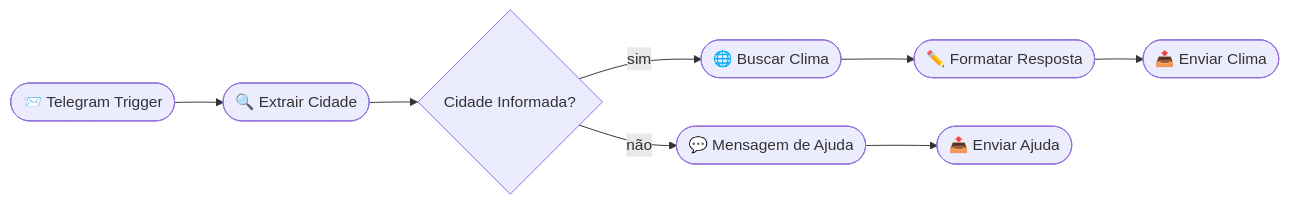
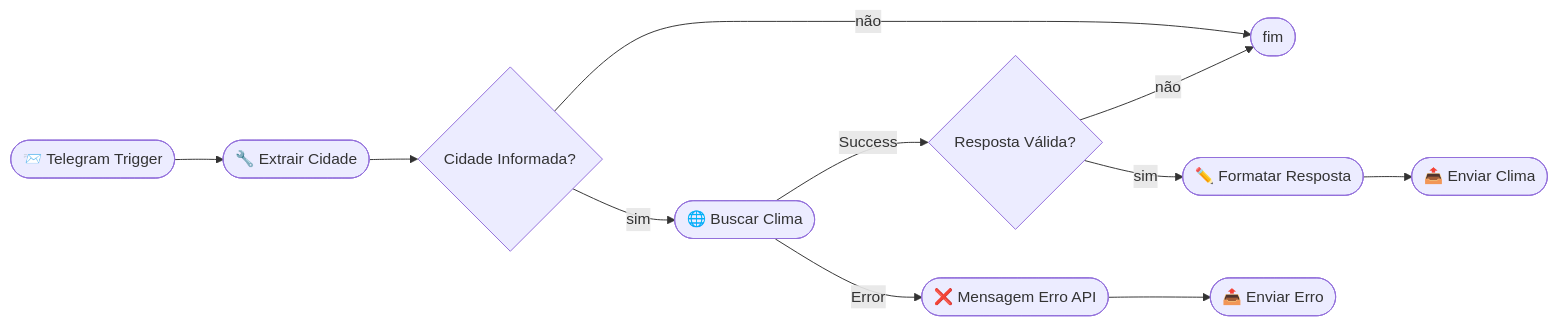
Before and after one commit to ChristianeCuri/chatbot_clima_brasil_n8n_telegram: the diagram in README.md, drawn with Mermaid. The commit also changed other lines of this file, not shown here.

````diff
--- a/README.md
+++ b/README.md
@@ -30,10 +41,13 @@
 ```mermaid
 flowchart LR
-    A([📨 Telegram Trigger]) --> B([🔍 Extrair Cidade])
+   A([📨 Telegram Trigger]) --> B([🔧 Extrair Cidade])
     B --> C{Cidade Informada?}
     C -->|sim| D([🌐 Buscar Clima])
-    C -->|não| E([💬 Mensagem de Ajuda])
-    D --> F([✏️ Formatar Resposta])
-    F --> G([📤 Enviar Clima])
-    E --> H([📤 Enviar Ajuda])
+    C -->|não| E([fim])
+    D -->|Success| F{Resposta Válida?}
+    D -->|Error| H([❌ Mensagem Erro API])
+    F -->|sim| G([✏️ Formatar Resposta])
+    F -->|não| E
+    G --> I([📤 Enviar Clima])
+    H --> J([📤 Enviar Erro])
 ```
````
